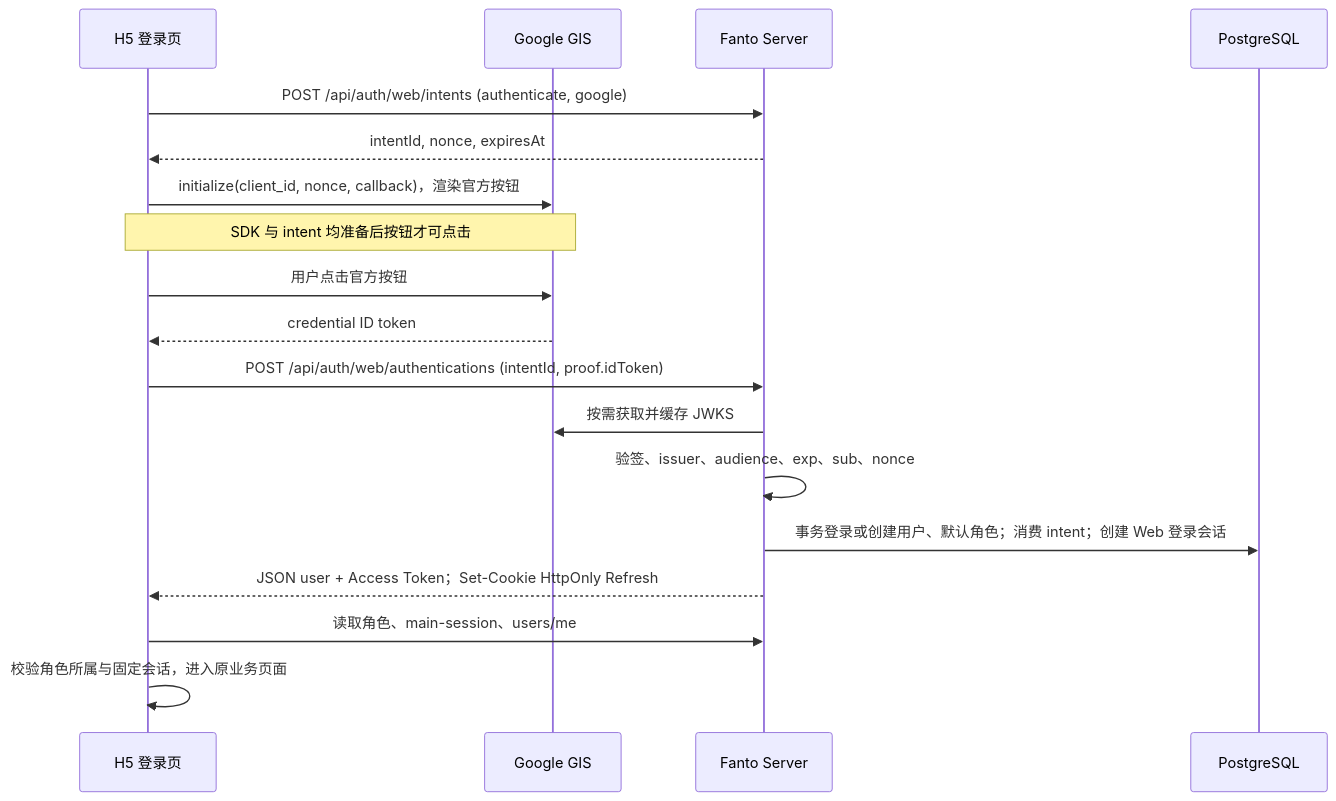
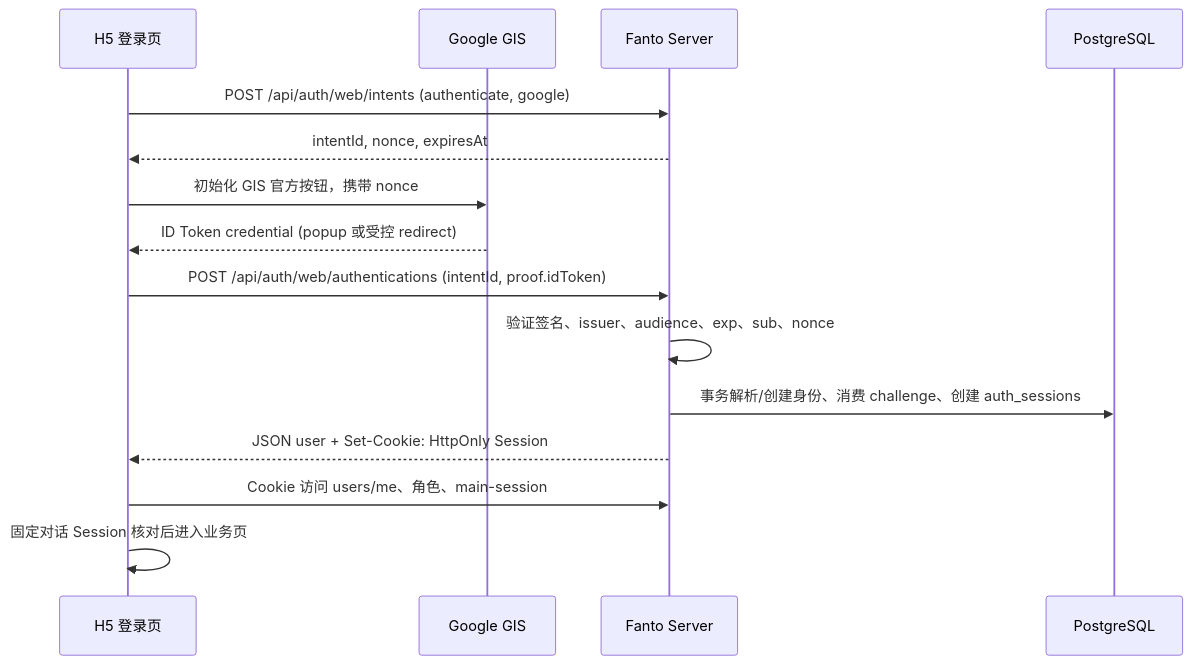
Before and after one commit to huiru-wang/fanto: the second of 3 diagrams in plan/2026-10-22-h5-google-auth-design.md, drawn with Mermaid. The commit also changed other lines of this file and 1 other file, not shown here.

Commit message:
docs(auth): unify cross-platform single-token session plan

````diff
--- a/plan/2026-10-22-h5-google-auth-design.md
+++ b/plan/2026-10-22-h5-google-auth-design.md
@@ -70,20 +88,17 @@
 ```mermaid
 sequenceDiagram
     participant H as H5 登录页
     participant G as Google GIS
     participant S as Fanto Server
     participant D as PostgreSQL
     H->>S: POST /api/auth/web/intents (authenticate, google)
     S-->>H: intentId, nonce, expiresAt
-    H->>G: initialize(client_id, nonce, callback)，渲染官方按钮
-    Note over H,G: SDK 与 intent 均准备后按钮才可点击
-    H->>G: 用户点击官方按钮
-    G-->>H: credential ID token
+    H->>G: 初始化 GIS 官方按钮，携带 nonce
+    G-->>H: ID Token credential (popup 或受控 redirect)
     H->>S: POST /api/auth/web/authentications (intentId, proof.idToken)
-    S->>G: 按需获取并缓存 JWKS
-    S->>S: 验签、issuer、audience、exp、sub、nonce
-    S->>D: 事务登录或创建用户、默认角色；消费 intent；创建 Web 登录会话
-    S-->>H: JSON user + Access Token；Set-Cookie HttpOnly Refresh
-    H->>S: 读取角色、main-session、users/me
-    H->>H: 校验角色所属与固定会话，进入原业务页面
+    S->>S: 验证签名、issuer、audience、exp、sub、nonce
+    S->>D: 事务解析/创建身份、消费 challenge、创建 auth_sessions
+    S-->>H: JSON user + Set-Cookie: HttpOnly Session
+    H->>S: Cookie 访问 users/me、角色、main-session
+    H->>H: 固定对话 Session 核对后进入业务页
 ```
````
